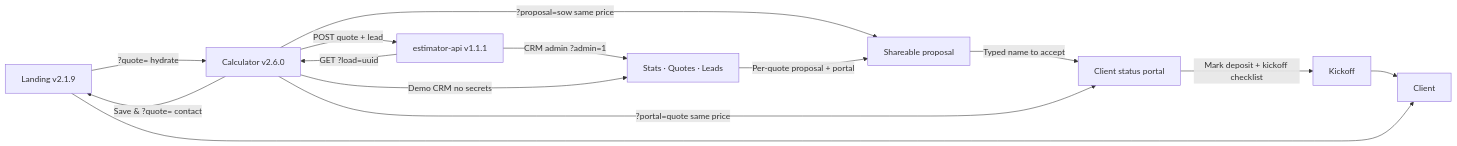
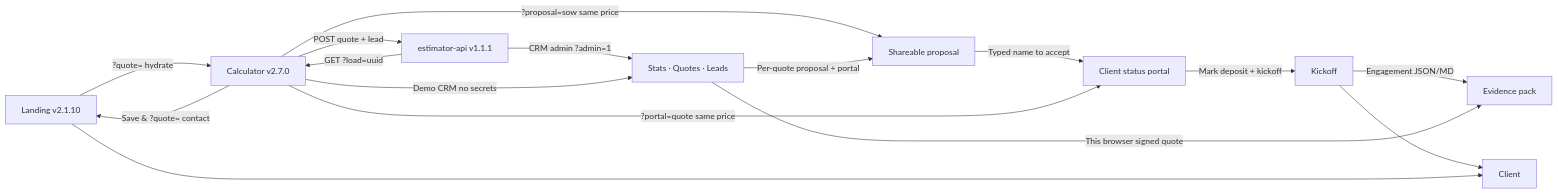
Before and after one commit to pixellayer7-jpg/pixellayer7-jpg: the diagram in README.md, drawn with Mermaid. The commit also changed other lines of this file and 2 other files, not shown here.

Commit message:
docs: sync profile to calculator v2.7 engagement record

````diff
--- a/README.md
+++ b/README.md
@@ -18,16 +18,18 @@
 ```mermaid
 flowchart LR
-  A[Landing v2.1.9] -->|?quote= hydrate| B[Calculator v2.6.0]
+  A[Landing v2.1.10] -->|?quote= hydrate| B[Calculator v2.7.0]
   B -->|Save & ?quote= contact| A
   B -->|?proposal=sow same price| R[Shareable proposal]
   R -->|Typed name to accept| P[Client status portal]
-  P -->|Mark deposit + kickoff checklist| K[Kickoff]
+  P -->|Mark deposit + kickoff| K[Kickoff]
+  K -->|Engagement JSON/MD| X[Evidence pack]
   B -->|?portal=quote same price| P
   B -->|POST quote + lead| D[estimator-api v1.1.1]
   D -->|CRM admin ?admin=1| E[Stats · Quotes · Leads]
   B -->|Demo CRM no secrets| E
+  E -->|This browser signed quote| X
   E -->|Per-quote proposal + portal| R
   K --> F[Client]
   D -->|GET ?load=uuid| B
   A --> F[Client]
 ```
````
